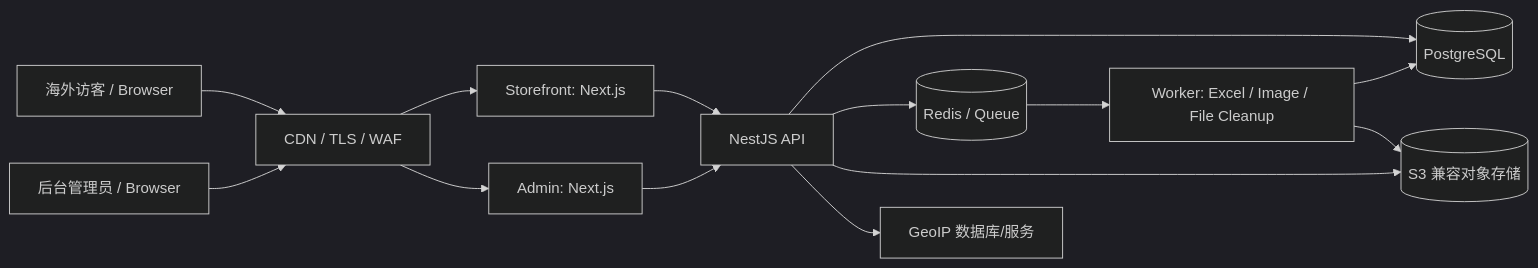
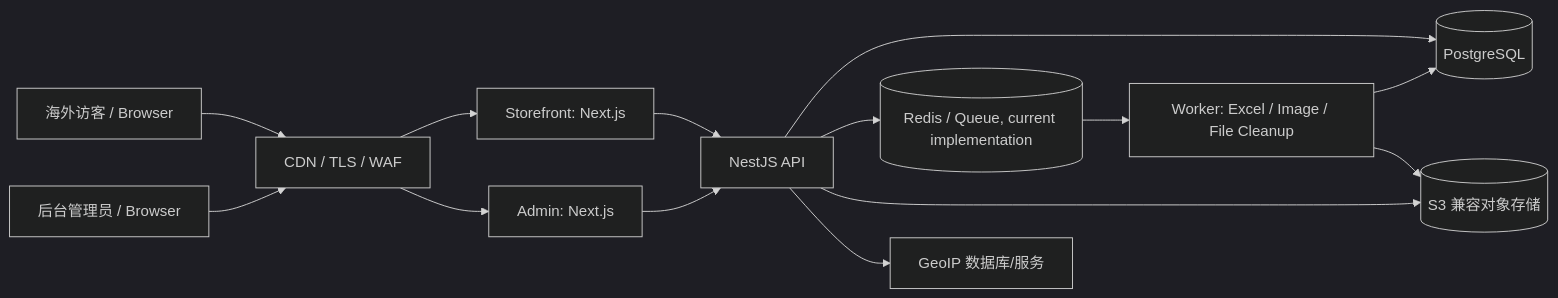
One commit to NotFeel/b2b-inquiry-platform changed the diagram in docs/02-architecture.md. Above: the diagram before and after it, drawn with Mermaid (dark theme). The commit also changed other lines of this file, not shown here.

````diff
--- a/docs/02-architecture.md
+++ b/docs/02-architecture.md
@@ -5,16 +5,16 @@
 ```mermaid
 flowchart LR
   V[海外访客 / Browser] --> CDN[CDN / TLS / WAF]
   A[后台管理员 / Browser] --> CDN
   CDN --> WEB[Storefront: Next.js]
   CDN --> ADM[Admin: Next.js]
   WEB --> API[NestJS API]
   ADM --> API
   API --> DB[(PostgreSQL)]
-  API --> REDIS[(Redis / Queue)]
+  API --> REDIS[(Redis / Queue, current implementation)]
   API --> OBJ[(S3 兼容对象存储)]
   REDIS --> WORKER[Worker: Excel / Image / File Cleanup]
   WORKER --> DB
   WORKER --> OBJ
   API --> GEO[GeoIP 数据库/服务]
 ```
````
